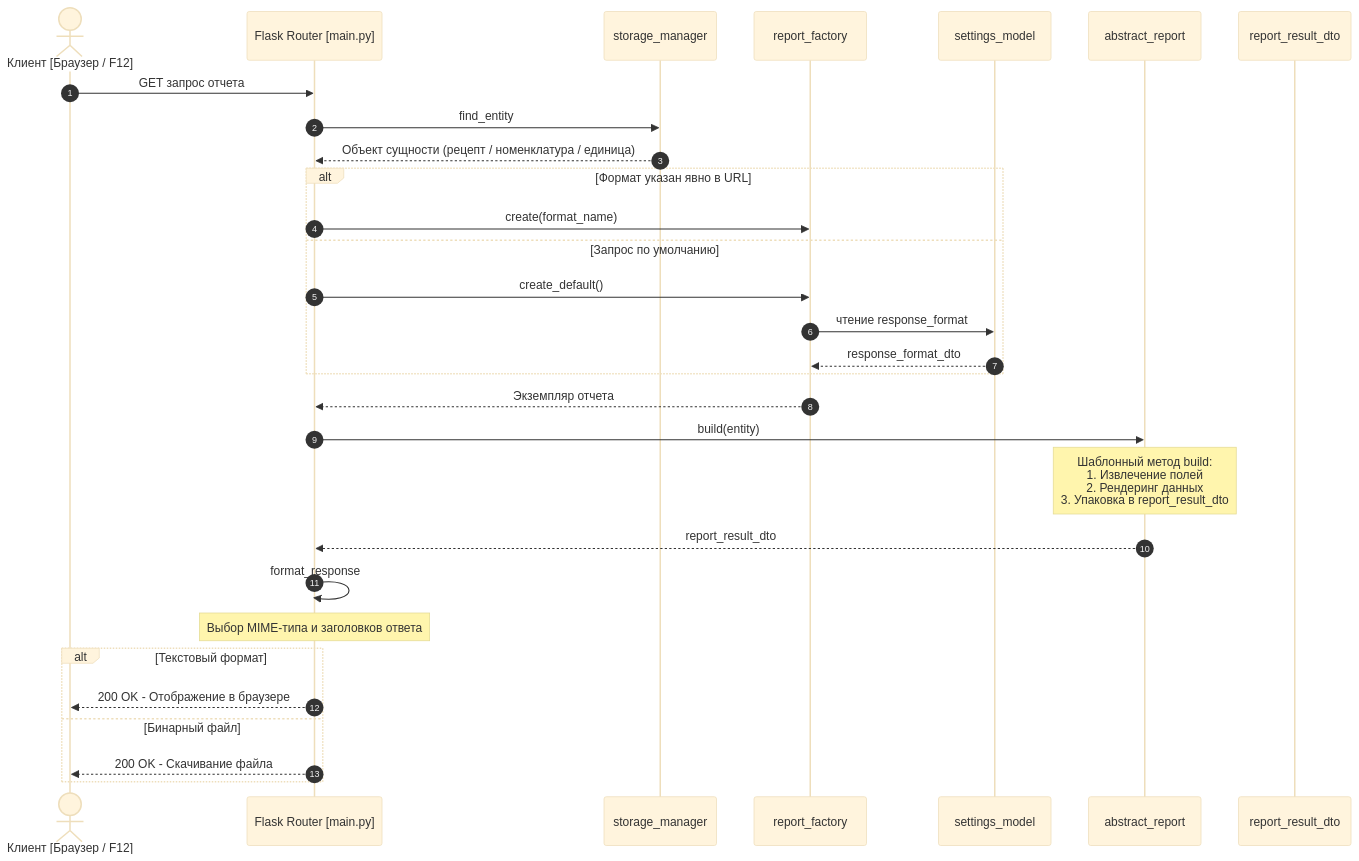
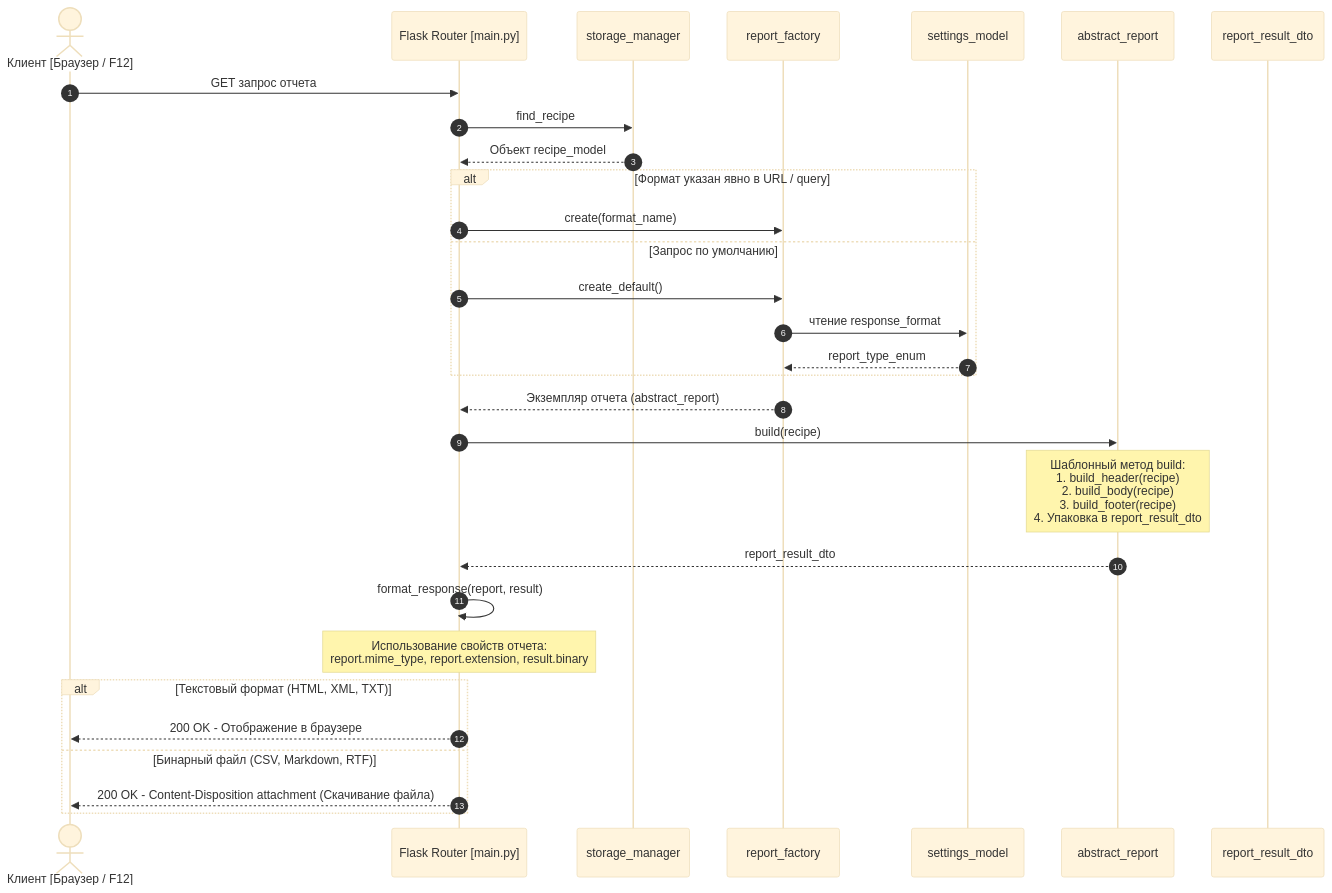
One commit to Turik06/Patterns_Suleymanov changed the second of 2 diagrams in Docs/ReportFactory.md. Above: the diagram before and after it, drawn with Mermaid (base theme). The commit also changed other lines of this file and 1 other file, not shown here.

Commit message:
update architecture and report factory documentation

````diff
--- a/Docs/ReportFactory.md
+++ b/Docs/ReportFactory.md
@@ -112,38 +119,38 @@
 ```mermaid
 sequenceDiagram
     autonumber
     actor User as Клиент [Браузер / F12]
     participant Flask as Flask Router [main.py]
     participant Storage as storage_manager
     participant Factory as report_factory
     participant Settings as settings_model
     participant Report as abstract_report
     participant Result as report_result_dto
 
     User->>Flask: GET запрос отчета
-    Flask->>Storage: find_entity
-    Storage-->>Flask: Объект сущности (рецепт / номенклатура / единица)
+    Flask->>Storage: find_recipe
+    Storage-->>Flask: Объект recipe_model
 
-    alt Формат указан явно в URL
+    alt Формат указан явно в URL / query
         Flask->>Factory: create(format_name)
     else Запрос по умолчанию
         Flask->>Factory: create_default()
         Factory->>Settings: чтение response_format
-        Settings-->>Factory: response_format_dto
+        Settings-->>Factory: report_type_enum
     end
 
-    Factory-->>Flask: Экземпляр отчета
+    Factory-->>Flask: Экземпляр отчета (abstract_report)
 
-    Flask->>Report: build(entity)
-    Note over Report: Шаблонный метод build:<br/>1. Извлечение полей<br/>2. Рендеринг данных<br/>3. Упаковка в report_result_dto
+    Flask->>Report: build(recipe)
+    Note over Report: Шаблонный метод build:<br/>1. build_header(recipe)<br/>2. build_body(recipe)<br/>3. build_footer(recipe)<br/>4. Упаковка в report_result_dto
     Report-->>Flask: report_result_dto
 
-    Flask->>Flask: format_response
-    Note over Flask: Выбор MIME-типа и заголовков ответа
+    Flask->>Flask: format_response(report, result)
+    Note over Flask: Использование свойств отчета:<br/>report.mime_type, report.extension, result.binary
 
-    alt Текстовый формат
+    alt Текстовый формат (HTML, XML, TXT)
         Flask-->>User: 200 OK - Отображение в браузере
-    else Бинарный файл
-        Flask-->>User: 200 OK - Скачивание файла
+    else Бинарный файл (CSV, Markdown, RTF)
+        Flask-->>User: 200 OK - Content-Disposition attachment (Скачивание файла)
     end
 ```
````
